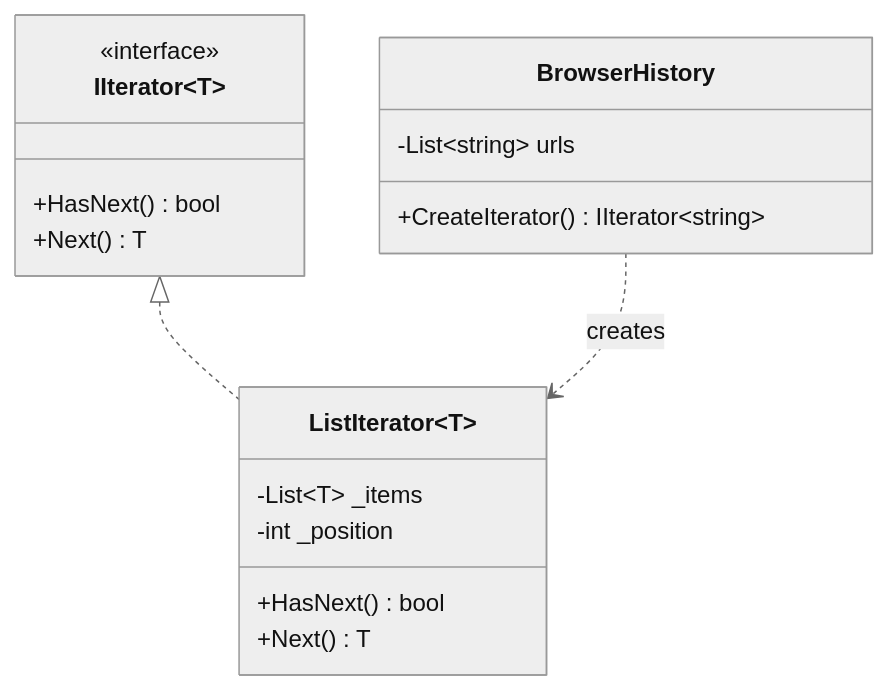
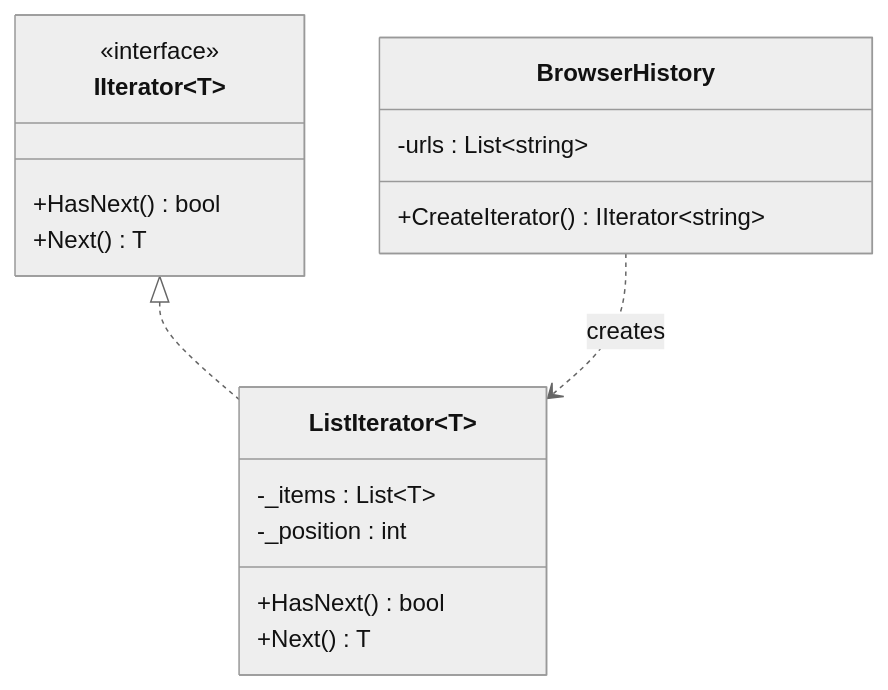
The diagram in 00-Foundations/04-Design-Patterns/Behavioral/Iterator/notes.md (tushardongre1990/LLD-Claude), drawn with Mermaid (neutral theme) before and after one commit. The commit also changed 19 other files, not shown here.

First line of the commit message:
docs(00-Foundations): fix mermaid attribute ordering to name : type

````diff
--- a/00-Foundations/04-Design-Patterns/Behavioral/Iterator/notes.md
+++ b/00-Foundations/04-Design-Patterns/Behavioral/Iterator/notes.md
@@ -10,20 +10,20 @@
 ```mermaid
 classDiagram
     class IIterator~T~ {
         <<interface>>
         +HasNext() bool
         +Next() T
     }
     class BrowserHistory {
-        -List~string~ urls
+        -urls : List~string~
         +CreateIterator() IIterator~string~
     }
     class ListIterator~T~ {
-        -List~T~ _items
-        -int _position
+        -_items : List~T~
+        -_position : int
         +HasNext() bool
         +Next() T
     }
     IIterator~T~ <|.. ListIterator~T~
     BrowserHistory ..> ListIterator~T~ : creates
 ```
````
